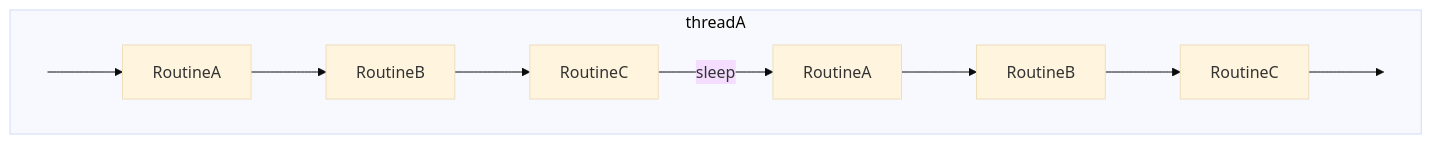
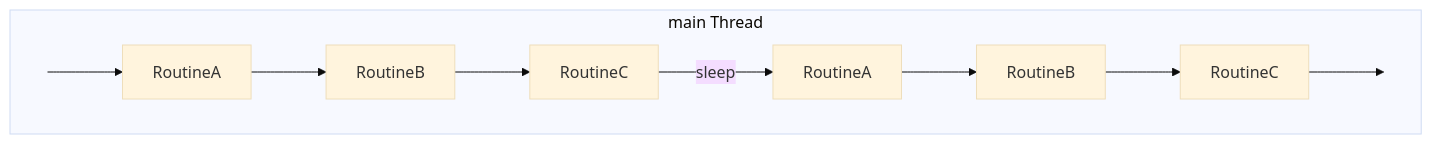
One commit to cern-cta/CTA changed the first of 2 diagrams in maintd/README.md. Above: the diagram before and after it, drawn with Mermaid (base theme). The commit also changed other lines of this file and 2 other files, not shown here.

````diff
--- a/maintd/README.md
+++ b/maintd/README.md
@@ -7,22 +7,21 @@
 ```mermaid
 graph LR
 
 ra1["RoutineA"]
 rb1["RoutineB"]
 rc1["RoutineC"]
 
 
 ra2["RoutineA"]
 rb2["RoutineB"]
 rc2["RoutineC"]
 
-subgraph threadA
+subgraph main Thread
 direction LR
 START:::hidden --> ra1 --> rb1 --> rc1
 rc1 -- sleep --> ra2
 ra2 --> rb2 --> rc2 --> END:::hidden
 end
 
 classDef hidden display: none;
-
 ```
````
